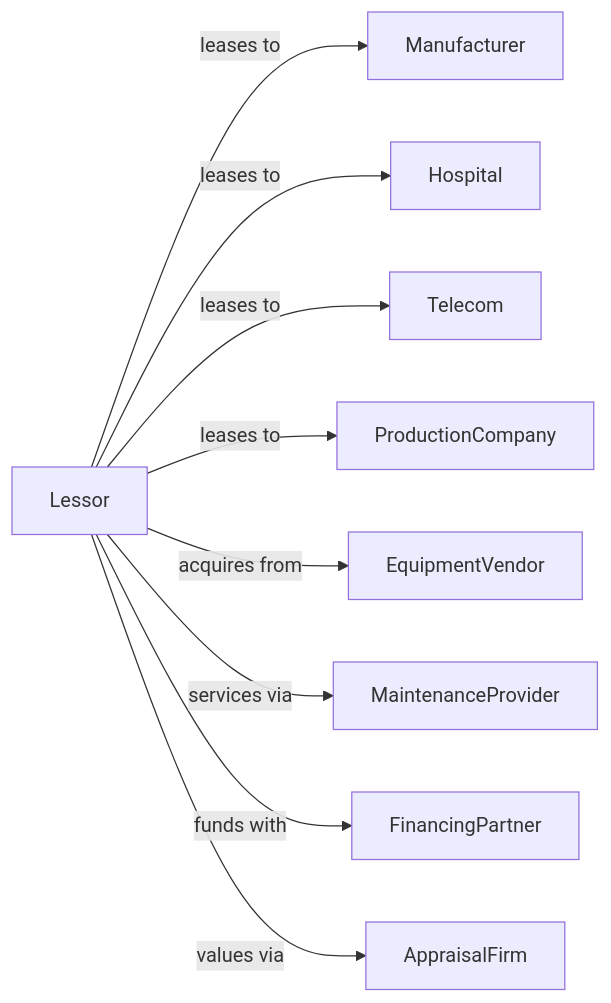
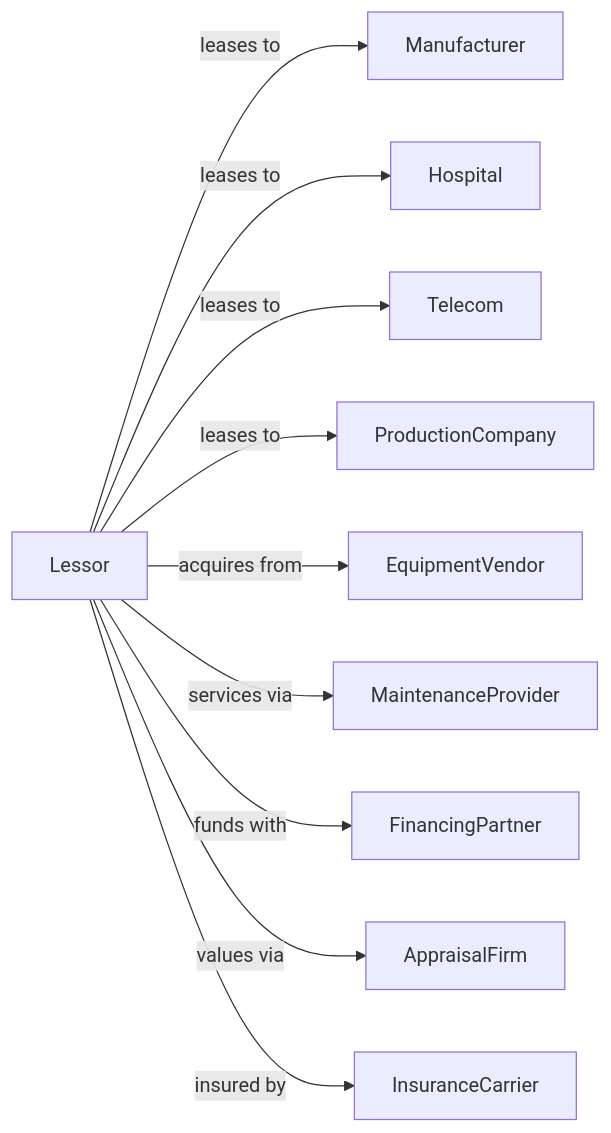
The second of 2 diagrams in RealEstate/RentalAndLeasingServices/CommercialAndIndustrialMachineryAndEquipmentRentalAndLeasing/OtherCommercialAndIndustrialMachineryAndEquipmentRentalAndLeasing.mdx (dot-org-ai/industries.org.ai), drawn with Mermaid before and after one commit. The commit also changed other lines of this file and 588 other files, not shown here.

````diff
--- a/RealEstate/RentalAndLeasingServices/CommercialAndIndustrialMachineryAndEquipmentRentalAndLeasing/OtherCommercialAndIndustrialMachineryAndEquipmentRentalAndLeasing.mdx
+++ b/RealEstate/RentalAndLeasingServices/CommercialAndIndustrialMachineryAndEquipmentRentalAndLeasing/OtherCommercialAndIndustrialMachineryAndEquipmentRentalAndLeasing.mdx
@@ -135,13 +135,14 @@
 ```mermaid
 graph LR
     L[Lessor]
 
     L -->|leases to| Manufacturer
     L -->|leases to| Hospital
     L -->|leases to| Telecom
     L -->|leases to| ProductionCompany
     L -->|acquires from| EquipmentVendor
     L -->|services via| MaintenanceProvider
     L -->|funds with| FinancingPartner
     L -->|values via| AppraisalFirm
+    L -->|insured by| InsuranceCarrier
 ```
````
